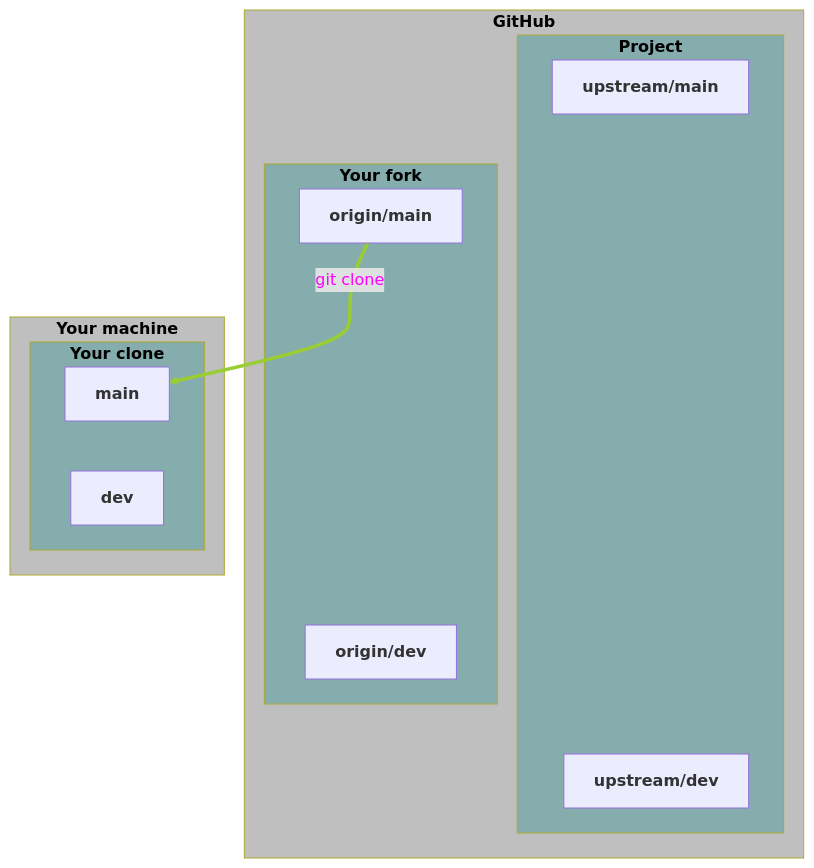
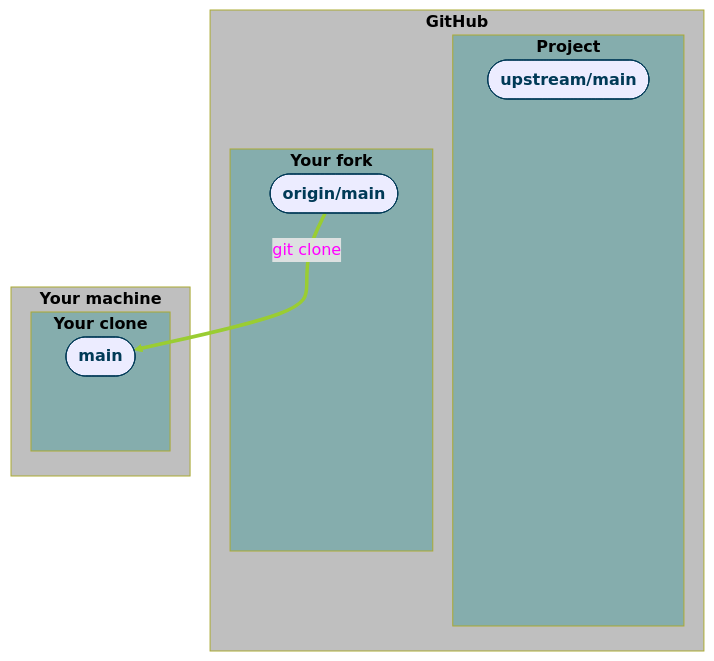
One commit to WestDRI/arc-training changed the fifth of 12 diagrams in git/col_pr.qmd. Above: the diagram before and after it, drawn with Mermaid. The commit also changed other lines of this file, not shown here.

Commit message:
improve GitHub PR workflow mermaid diagrams

````diff
--- a/git/col_pr.qmd
+++ b/git/col_pr.qmd
@@ -211,45 +267,47 @@
 ```{mermaid}
 %%| echo: false
 flowchart TD
-  subgraph gh["<b>GitHub</b>"]
-    subgraph project["<b>Project</b>"]
-      upstream/main["<b>upstream/main</b>"]
-      upstream/dev["<b>upstream/dev</b>"]
+  subgraph gh["<b>GitHub</b>"];
+    subgraph project["<b>Project</b>"];
+      upstream/main(["<b>upstream/main</b>"]);
+      upstream/dev(["<b>upstream/dev</b>"]);
     end
-    subgraph fork["<b>Your fork</b>"]
-      origin/main["<b>origin/main</b>"]
-      origin/dev["<b>origin/dev</b>"]
+    subgraph fork["<b>Your fork</b>"];
+      origin/main(["<b>origin/main</b>"]);
+      origin/dev(["<b>origin/dev</b>"]);
     end
   end
-  subgraph local["<b>Your machine</b>"]
-    subgraph clone["<b>Your clone</b>"]
-      main["<b>main</b>"]
-      dev["<b>dev</b>"]
+  subgraph local["<b>Your machine</b>"];
+    subgraph clone["<b>Your clone</b>"];
+      main(["<b>main</b>"]);
+      dev(["<b>dev</b>"]);
     end
   end
 
+  classDef hidden display: none;
   classDef location fill:#bfbfbf, color:#000;
   class gh location;
   class local location;
   classDef repo fill:#85adad, color:#000;
   class project repo;
   class fork repo;
   class clone repo;
+  classDef branchmain color:#003a57, stroke:#003a57;
+  class upstream/main branchmain;
+  class upstream/dev hidden;
+  class origin/main branchmain;
+  class origin/dev hidden;
+  class main branchmain;
+  class dev hidden;
 
   upstream/main ~~~  origin/main
   origin/main == git clone ==> main
   upstream/main ~~~ main
   main ~~~ origin/main
   main ~~~ dev
   dev ~~~ origin/dev
   origin/dev ~~~ upstream/dev
   upstream/dev ~~~ upstream/main
 
-  linkStyle 0 stroke:YellowGreen;
   linkStyle 1 stroke:YellowGreen, color:magenta;
-  linkStyle 2 stroke:goldenrod, color:magenta;
-  linkStyle 3 stroke:sienna, color:magenta;
-  linkStyle 4 stroke:goldenrod, color:magenta;
-  linkStyle 5 stroke:goldenrod, color:magenta;
-  linkStyle 6 stroke:goldenrod;
 ```
````
